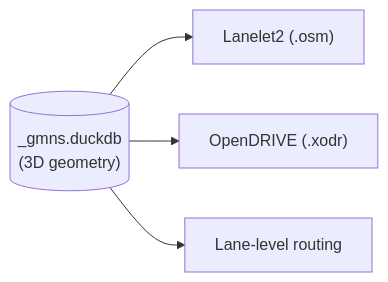
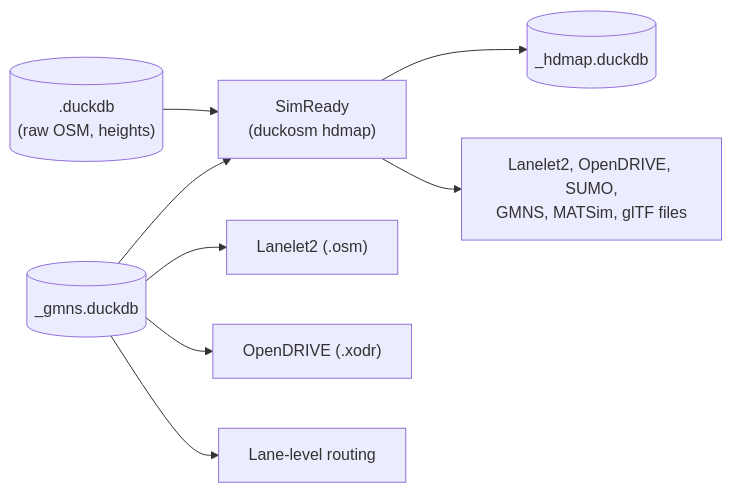
One commit to Khoshkhah/duckOSM changed the diagram in docs/exports/hd-map/index.md. Above: the diagram before and after it, drawn with Mermaid. The commit also changed other lines of this file and 7 other files, not shown here.

First line of the commit message:
Docs: duckosm hdmap is built (PR 474)

````diff
--- a/docs/exports/hd-map/index.md
+++ b/docs/exports/hd-map/index.md
@@ -10,6 +11,10 @@
 ```mermaid
 flowchart LR
-  gmns[("<area>_gmns.duckdb<br/>(3D geometry)")] --> ll2["Lanelet2 (.osm)"]
+  db[("<area>.duckdb<br/>(raw OSM, heights)")] --> sim["SimReady<br/>(duckosm hdmap)"]
+  gmns[("<area>_gmns.duckdb")] --> sim
+  sim --> hd[("<area>_hdmap.duckdb")]
+  sim --> files["Lanelet2, OpenDRIVE, SUMO,<br/>GMNS, MATSim, glTF files"]
+  gmns --> ll2["Lanelet2 (.osm)"]
   gmns --> xodr["OpenDRIVE (.xodr)"]
   gmns --> lr["Lane-level routing"]
 ```
````
